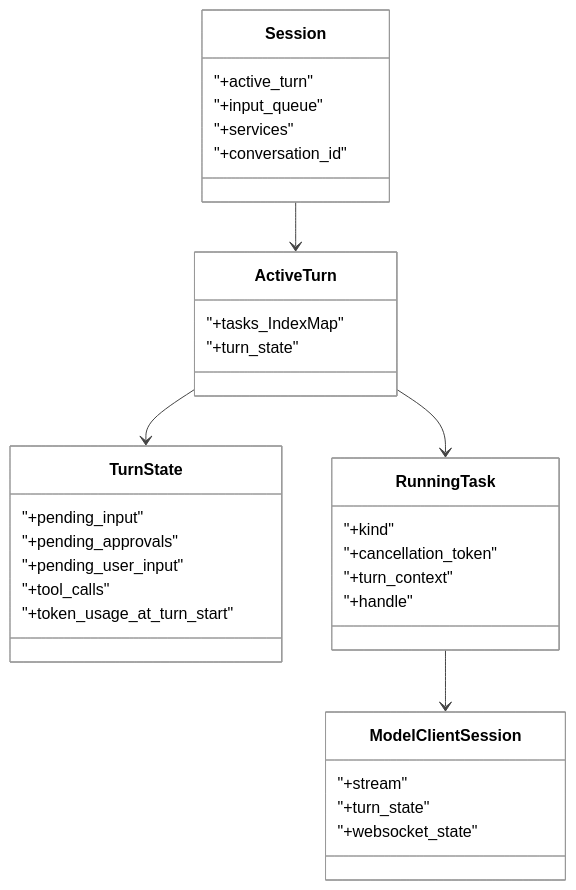
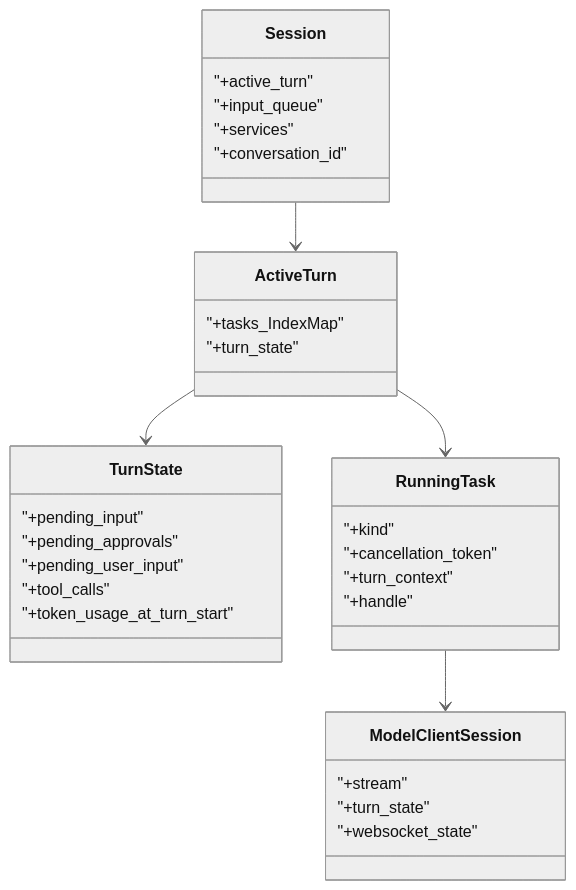
The fifth of 6 diagrams in Part I Principles and Usage/06-Agent核心循环.md (GLBB/codex-source-analysis), drawn with Mermaid before and after one commit. The commit also changed other lines of this file and 29 other files, not shown here.

````diff
--- a/Part I Principles and Usage/06-Agent核心循环.md
+++ b/Part I Principles and Usage/06-Agent核心循环.md
@@ -373,36 +373,36 @@
 ```mermaid
-%%{init: {"theme":"neutral","themeCSS":"svg { background: #ffffff !important; } .label, .nodeLabel, text { fill: #000000 !important; color: #000000 !important; }","themeVariables":{"background":"#ffffff","mainBkg":"#ffffff","primaryColor":"#f5f5f5","primaryTextColor":"#000000","primaryBorderColor":"#333333","lineColor":"#444444","textColor":"#000000","edgeLabelBackground":"#ffffff","fontFamily":"Helvetica"}}}%%
+%%{init:{'theme':'neutral','themeVariables':{'background':'#ffffff'}}}%%
 classDiagram
     class Session {
       "+active_turn"
       "+input_queue"
       "+services"
       "+conversation_id"
     }
     class ActiveTurn {
       "+tasks_IndexMap"
       "+turn_state"
     }
     class TurnState {
       "+pending_input"
       "+pending_approvals"
       "+pending_user_input"
       "+tool_calls"
       "+token_usage_at_turn_start"
     }
     class RunningTask {
       "+kind"
       "+cancellation_token"
       "+turn_context"
       "+handle"
     }
     class ModelClientSession {
       "+stream"
       "+turn_state"
       "+websocket_state"
     }
     Session --> ActiveTurn
     ActiveTurn --> TurnState
     ActiveTurn --> RunningTask
     RunningTask --> ModelClientSession
 ```
````
